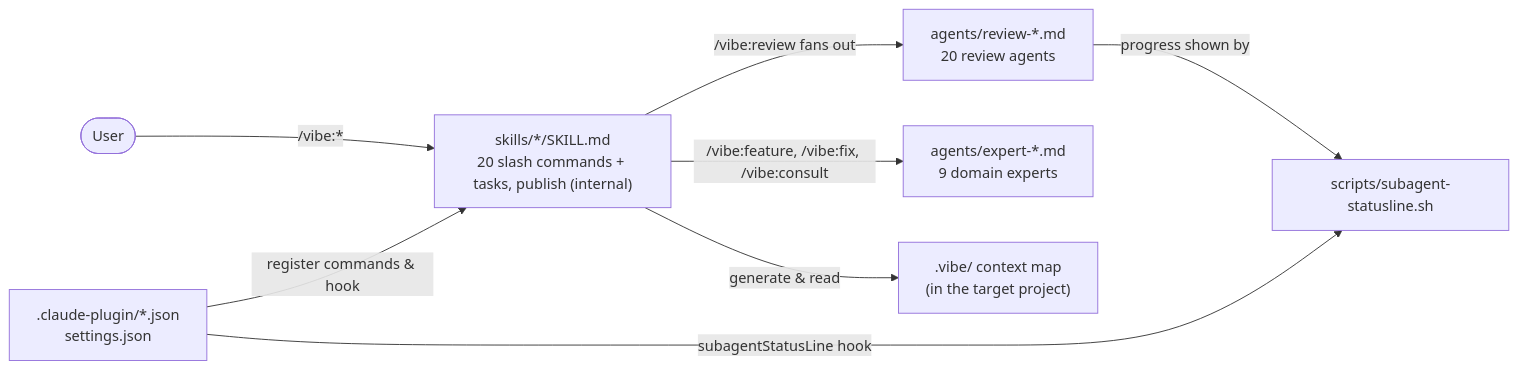
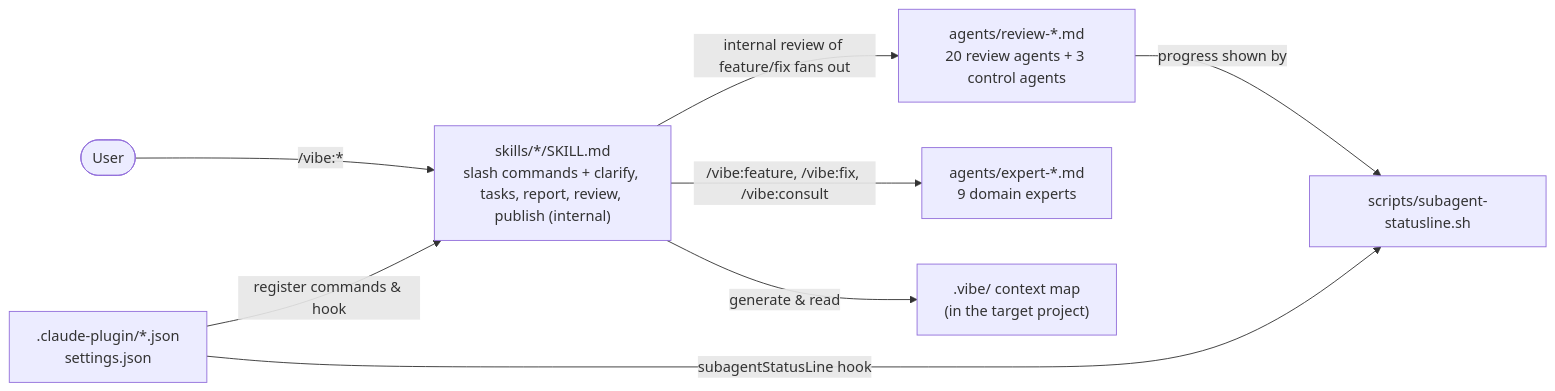
One commit to neolao/claude-plugin-vibe changed the diagram in docs/architecture.md. Above: the diagram before and after it, drawn with Mermaid. The commit also changed other lines of this file and 63 other files, not shown here.

First line of the commit message:
The build loop: two framings, internal review, routing by space

````diff
--- a/docs/architecture.md
+++ b/docs/architecture.md
@@ -28,10 +28,10 @@
 ```mermaid
 flowchart LR
-    user([User]) -- "/vibe:*" --> skills["skills/*/SKILL.md<br/>20 slash commands + tasks, publish (internal)"]
-    skills -- "/vibe:review fans out" --> agents["agents/review-*.md<br/>20 review agents"]
+    user([User]) -- "/vibe:*" --> skills["skills/*/SKILL.md<br/>slash commands + clarify, tasks, report, review, publish (internal)"]
+    skills -- "internal review of feature/fix fans out" --> agents["agents/review-*.md<br/>20 review agents + 3 control agents"]
     skills -- "/vibe:feature, /vibe:fix, /vibe:consult" --> experts["agents/expert-*.md<br/>9 domain experts"]
     skills -- "generate & read" --> vibe[".vibe/ context map<br/>(in the target project)"]
     manifests[".claude-plugin/*.json<br/>settings.json"] -- "register commands & hook" --> skills
     manifests -- "subagentStatusLine hook" --> statusline["scripts/subagent-statusline.sh"]
     agents -- "progress shown by" --> statusline
 ```
````
